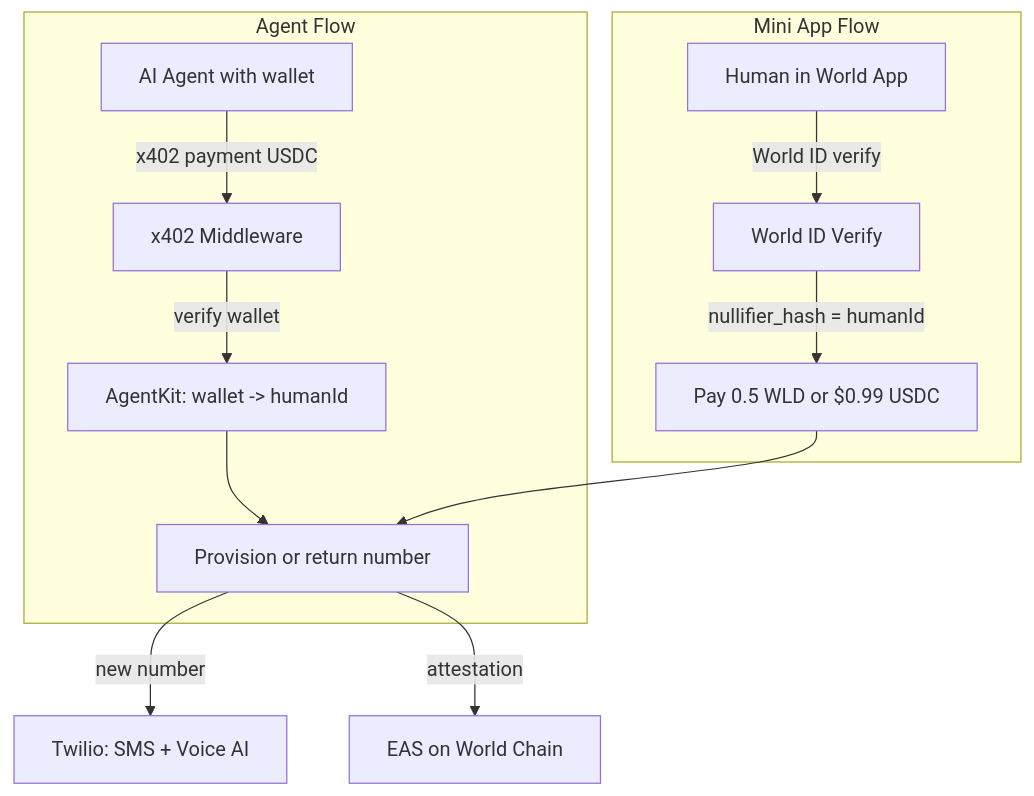
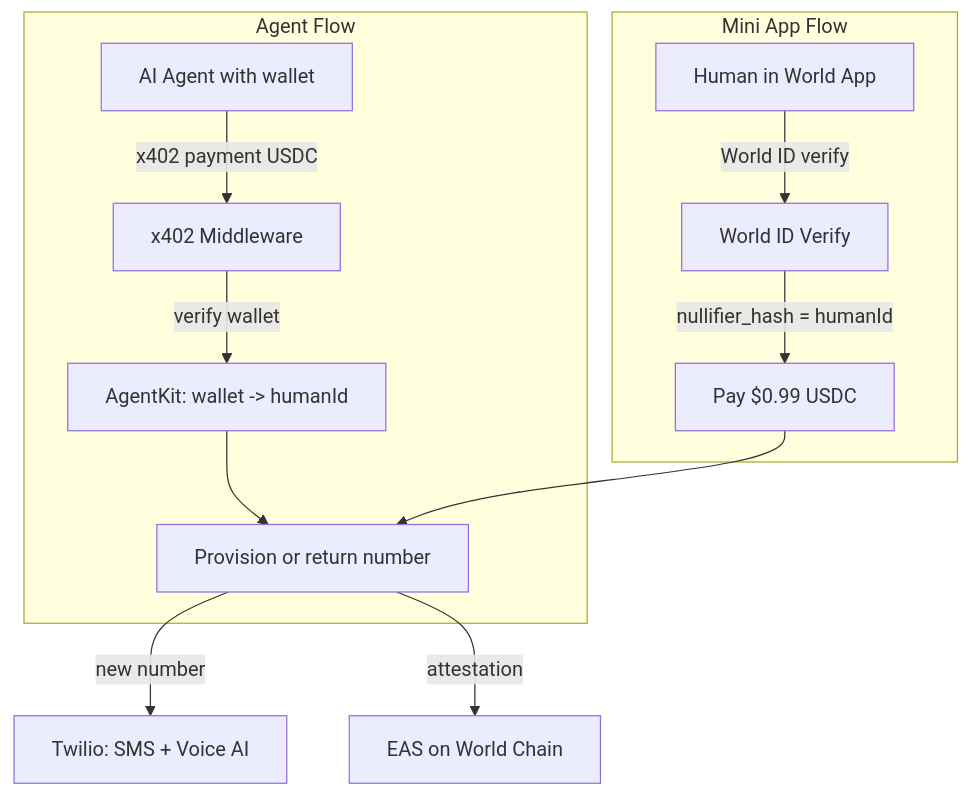
The second of 4 diagrams in README.md (trionlabs/ahoy), drawn with Mermaid before and after one commit. The commit also changed other lines of this file, not shown here.

Commit message:
docs: remove WLD payment references, USDC only

````diff
--- a/README.md
+++ b/README.md
@@ -61,17 +61,17 @@
 ```mermaid
 graph TB
     subgraph "Agent Flow"
         AG[AI Agent with wallet] -->|x402 payment USDC| X4[x402 Middleware]
         X4 -->|verify wallet| AK[AgentKit: wallet -> humanId]
         AK --> PROV[Provision or return number]
     end
 
     subgraph "Mini App Flow"
         USER[Human in World App] -->|World ID verify| WID[World ID Verify]
-        WID -->|nullifier_hash = humanId| PAY[Pay 0.5 WLD or $0.99 USDC]
+        WID -->|nullifier_hash = humanId| PAY[Pay $0.99 USDC]
         PAY --> PROV
     end
 
     PROV -->|new number| TW[Twilio: SMS + Voice AI]
     PROV -->|attestation| EAS[EAS on World Chain]
 ```
````
